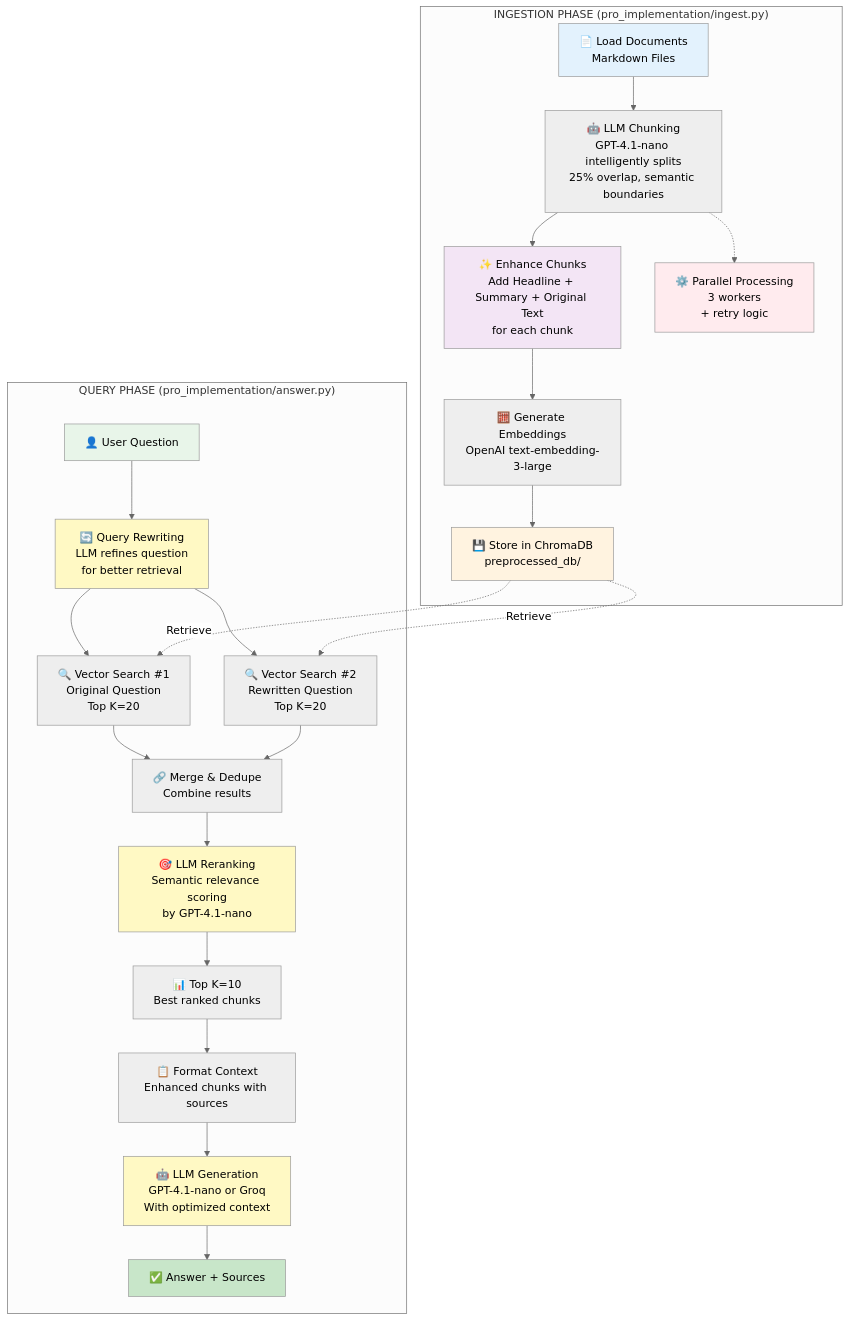
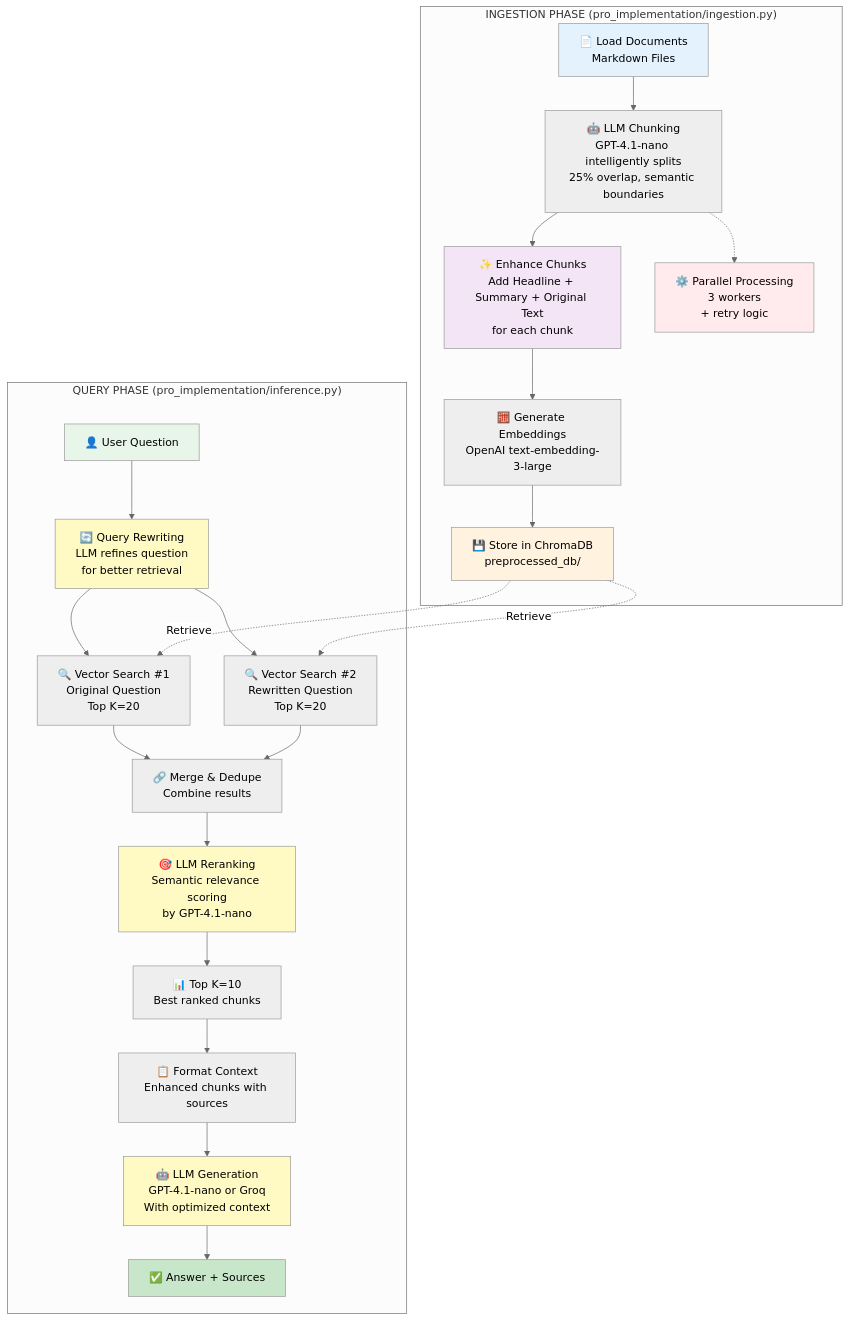
Before and after one commit to aditya-caltechie/ai-rag: the diagram in docs/3-advanced_rag.md, drawn with Mermaid (neutral theme). The commit also changed 20 other files, not shown here.

````diff
--- a/docs/3-advanced_rag.md
+++ b/docs/3-advanced_rag.md
@@ -3,44 +3,44 @@
 ```mermaid
 graph TB
-    subgraph "INGESTION PHASE (pro_implementation/ingest.py)"
+    subgraph "INGESTION PHASE (pro_implementation/ingestion.py)"
         A[📄 Load Documents<br/>Markdown Files] --> B[🤖 LLM Chunking<br/>GPT-4.1-nano intelligently splits<br/>25% overlap, semantic boundaries]
         B --> C[✨ Enhance Chunks<br/>Add Headline + Summary + Original Text<br/>for each chunk]
         C --> D[🧮 Generate Embeddings<br/>OpenAI text-embedding-3-large]
         D --> E[💾 Store in ChromaDB<br/>preprocessed_db/]
         
         B -.-> F[⚙️ Parallel Processing<br/>3 workers<br/>+ retry logic]
     end
     
-    subgraph "QUERY PHASE (pro_implementation/answer.py)"
+    subgraph "QUERY PHASE (pro_implementation/inference.py)"
         G[👤 User Question] --> H[🔄 Query Rewriting<br/>LLM refines question<br/>for better retrieval]
         
         H --> I1[🔍 Vector Search #1<br/>Original Question<br/>Top K=20]
         H --> I2[🔍 Vector Search #2<br/>Rewritten Question<br/>Top K=20]
         
         E -.->|Retrieve| I1
         E -.->|Retrieve| I2
         
         I1 --> J[🔗 Merge & Dedupe<br/>Combine results]
         I2 --> J
         
         J --> K[🎯 LLM Reranking<br/>Semantic relevance scoring<br/>by GPT-4.1-nano]
         
         K --> L[📊 Top K=10<br/>Best ranked chunks]
         
         L --> M[📋 Format Context<br/>Enhanced chunks with sources]
         
         M --> N[🤖 LLM Generation<br/>GPT-4.1-nano or Groq<br/>With optimized context]
         
         N --> O[✅ Answer + Sources]
     end
     
     style A fill:#e3f2fd
     style C fill:#f3e5f5
     style E fill:#fff3e0
     style G fill:#e8f5e9
     style H fill:#fff9c4
     style K fill:#fff9c4
     style N fill:#fff9c4
     style O fill:#c8e6c9
     style F fill:#ffebee
 ```
````
